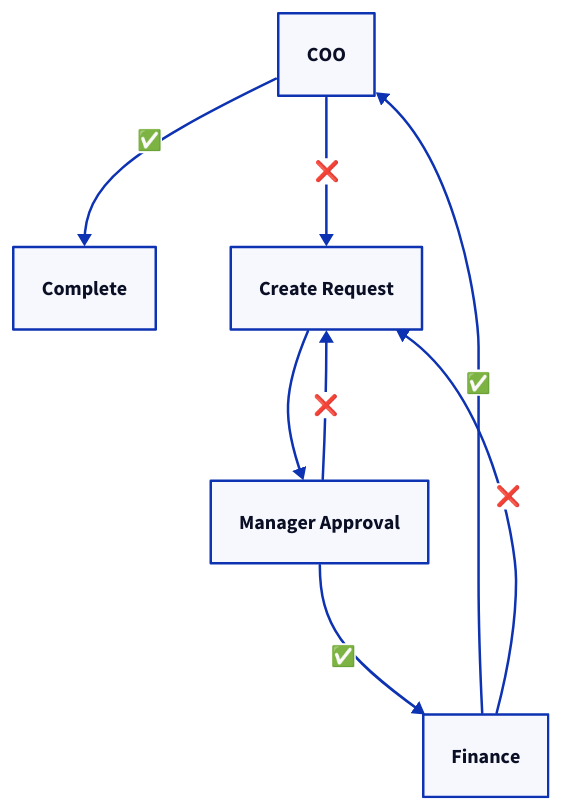
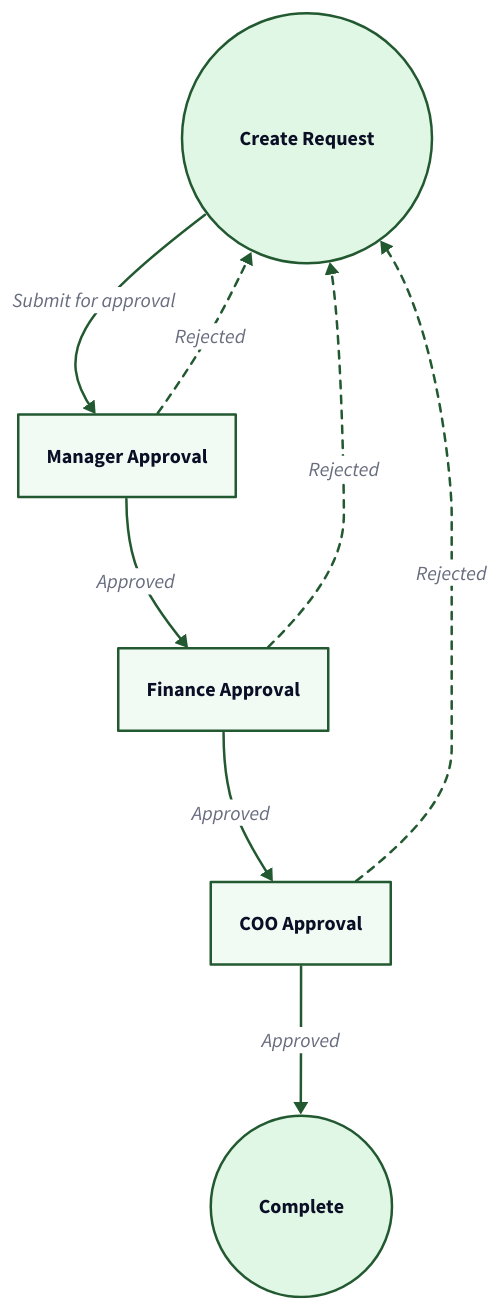
Before and after one commit to tallyfy/documentation: the first of 3 diagrams in src/content/docs/pro/documenting/templates/automations/examples/multi-level-approval-loops.mdx, drawn with D2. The commit also changed other lines of this file and 605 other files, not shown here.

````diff
--- a/src/content/docs/pro/documenting/templates/automations/examples/multi-level-approval-loops.mdx
+++ b/src/content/docs/pro/documenting/templates/automations/examples/multi-level-approval-loops.mdx
@@ -31,15 +32,73 @@
 ```d2
-COO: "COO"
-Complete: "Complete"
-Finance: "Finance"
-Create: "Create Request"
-Manager: "Manager Approval"
-Create -> Manager
-Manager -> Finance: "✅"
-Manager -> Create: "❌"
-Finance -> COO: "✅"
-Finance -> Create: "❌"
-COO -> Complete: "✅"
-COO -> Create: "❌"
+# Multi-Level Approval Workflow
+direction: down
 
+# Start
+Create: Create Request {
+  shape: circle
+  style.fill: "#e1f7e6"
+  style.stroke: "#225930"
+}
+
+# Approval Steps
+Manager: Manager Approval {
+  shape: rectangle
+  style.fill: "#f2faf4"
+  style.stroke: "#225930"
+}
+
+Finance: Finance Approval {
+  shape: rectangle
+  style.fill: "#f2faf4"
+  style.stroke: "#225930"
+}
+
+COO: COO Approval {
+  shape: rectangle
+  style.fill: "#f2faf4"
+  style.stroke: "#225930"
+}
+
+# End
+Complete: Complete {
+  shape: circle
+  style.fill: "#e1f7e6"
+  style.stroke: "#225930"
+  style.stroke-width: 2
+}
+
+# Main Flow
+Create -> Manager: Submit for approval {
+  style.stroke: "#225930"
+}
+
+# Manager decisions
+Manager -> Finance: Approved {
+  style.stroke: "#225930"
+  style.stroke-width: 2
+}
+Manager -> Create: Rejected {
+  style.stroke: "#225930"
+  style.stroke-dash: 3
+}
+
+# Finance decisions
+Finance -> COO: Approved {
+  style.stroke: "#225930"
+  style.stroke-width: 2
+}
+Finance -> Create: Rejected {
+  style.stroke: "#225930"
+  style.stroke-dash: 3
+}
+
+# COO decisions
+COO -> Complete: Approved {
+  style.stroke: "#225930"
+  style.stroke-width: 2
+}
+COO -> Create: Rejected {
+  style.stroke: "#225930"
+  style.stroke-dash: 3
+}
 ```
````
